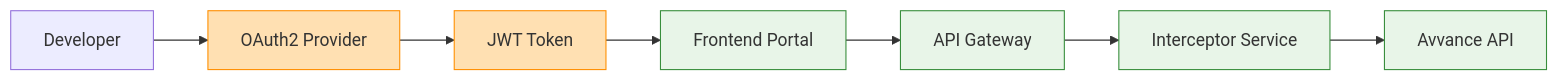
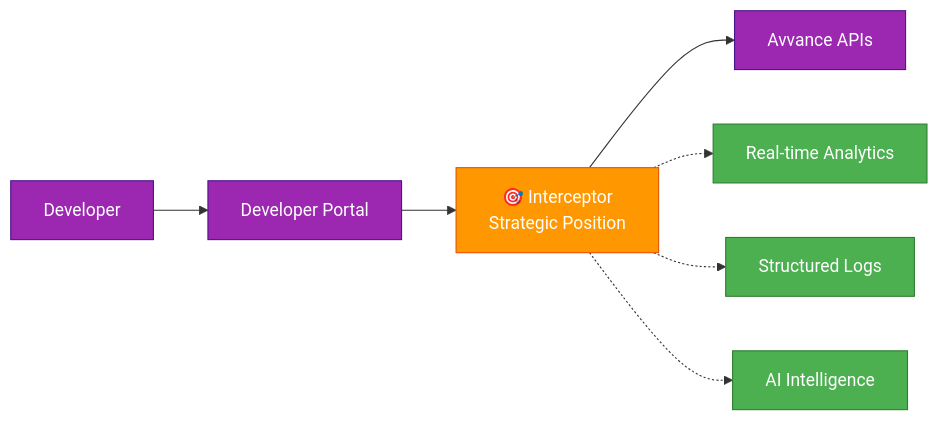
One commit to dvnharish/docs changed the third of 4 diagrams in README.md. Above: the diagram before and after it, drawn with Mermaid. The commit also changed other lines of this file, not shown here.

````diff
--- a/README.md
+++ b/README.md
@@ -203,15 +132,18 @@
 ```mermaid
 graph LR
-    Dev[Developer] --> OAuth[OAuth2 Provider]
-    OAuth --> JWT[JWT Token]
-    JWT --> Portal[Frontend Portal]
-    Portal --> Gateway[API Gateway]
-    Gateway --> Interceptor[Interceptor Service]
-    Interceptor --> Avvance[Avvance API]
+    Dev[Developer] --> Portal[Developer Portal]
+    Portal --> Interceptor[🎯 Interceptor<br/>Strategic Position]
+    Interceptor --> API[Avvance APIs]
     
-    classDef auth fill:#FFE0B2,stroke:#FF8F00
-    classDef service fill:#E8F5E8,stroke:#388E3C
+    Interceptor -.-> Analytics[Real-time Analytics]
+    Interceptor -.-> Logs[Structured Logs]
+    Interceptor -.-> Intelligence[AI Intelligence]
     
-    class OAuth,JWT auth
-    class Portal,Gateway,Interceptor,Avvance service
+    classDef strategic fill:#FF9800,stroke:#E65100,color:#fff
+    classDef endpoint fill:#9C27B0,stroke:#4A148C,color:#fff
+    classDef intelligence fill:#4CAF50,stroke:#2E7D32,color:#fff
+    
+    class Interceptor strategic
+    class Dev,Portal,API endpoint
+    class Analytics,Logs,Intelligence intelligence
 ```
````
